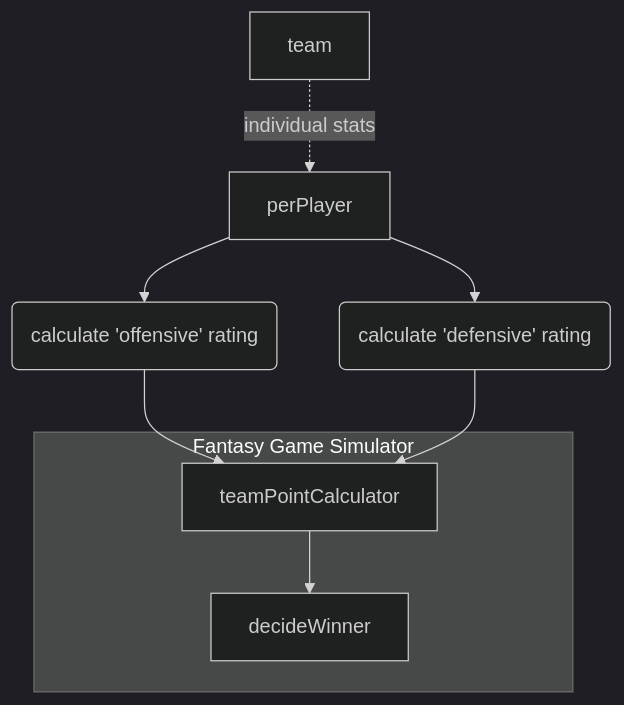
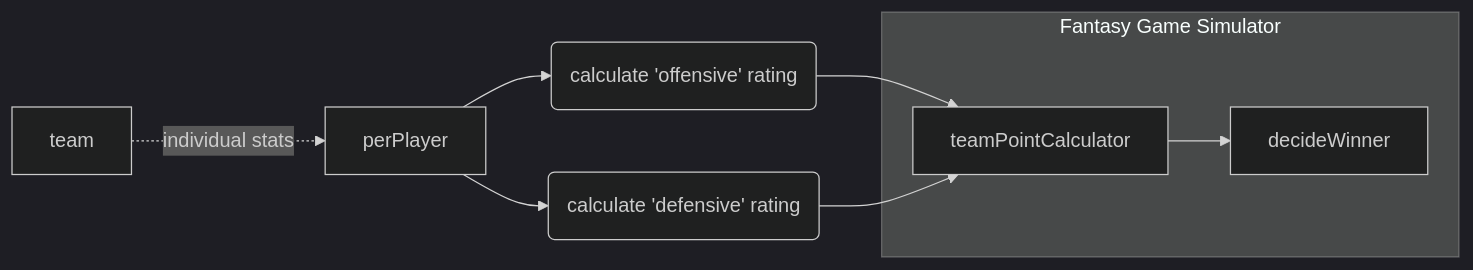
One commit to gavinsta/NBA_analytics changed the third of 3 diagrams in ProjectFlowchart.md. Above: the diagram before and after it, drawn with Mermaid (dark theme). The commit also changed other lines of this file and 33 other files, not shown here.

````diff
--- a/ProjectFlowchart.md
+++ b/ProjectFlowchart.md
@@ -17,10 +65,10 @@
 ```mermaid
-graph TD
+graph LR
 team-.individual stats.->perPlayer-->c1(calculate 'offensive' rating)-->teamPointCalculator
 
 perPlayer --> c2(calculate 'defensive' rating)-->teamPointCalculator
 
 subgraph Fantasy Game Simulator
   teamPointCalculator-->decideWinner
 end
 ```
````
